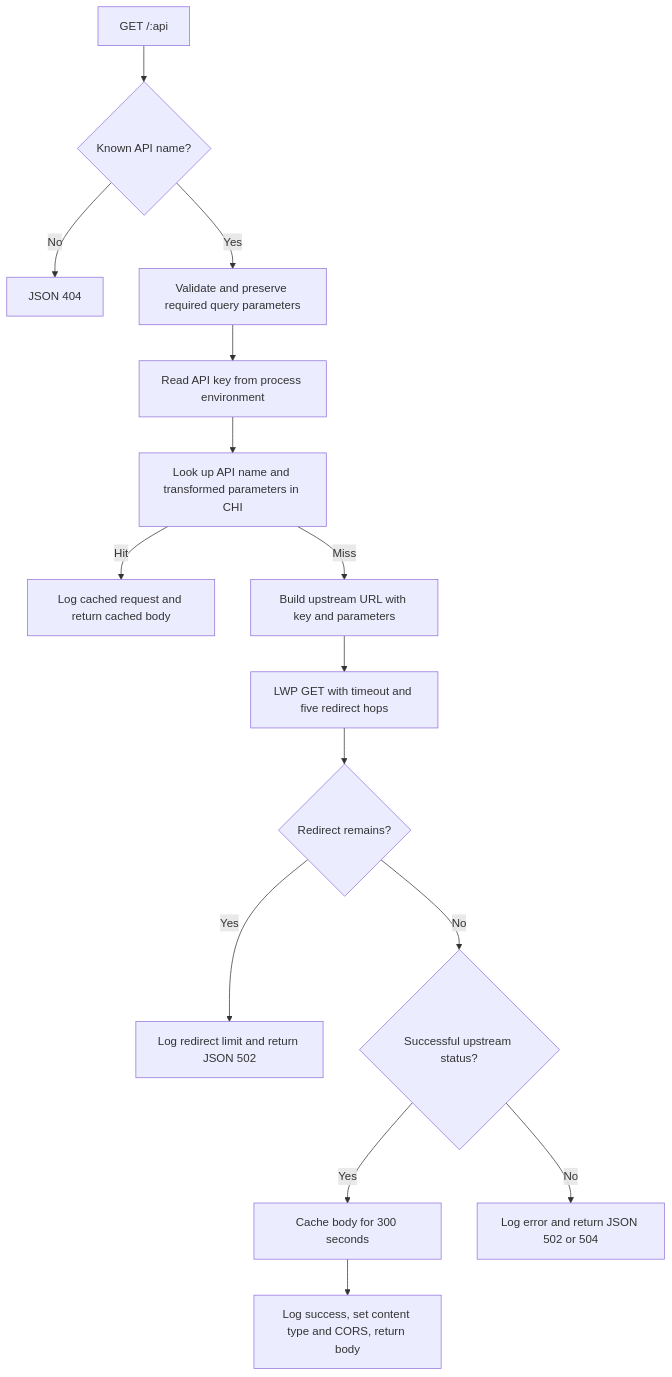
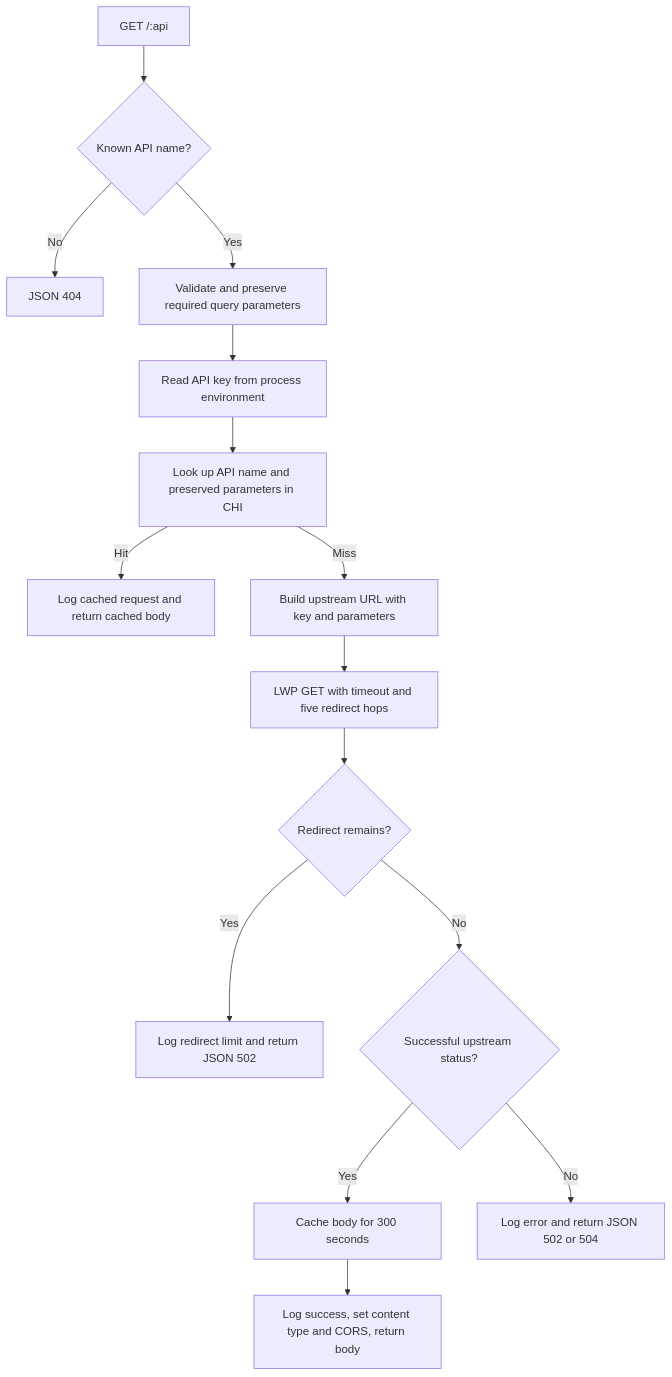
One commit to davorg/api-proxy changed the diagram in docs/architecture.md. Above: the diagram before and after it, drawn with Mermaid. The commit also changed other lines of this file and 6 other files, not shown here.

````diff
--- a/docs/architecture.md
+++ b/docs/architecture.md
@@ -32,17 +32,17 @@
 ```mermaid
 flowchart TD
     A[GET /:api] --> B{Known API name?}
     B -->|No| N[JSON 404]
     B -->|Yes| C[Validate and preserve required query parameters]
     C --> D[Read API key from process environment]
-    D --> E[Look up API name and transformed parameters in CHI]
+    D --> E[Look up API name and preserved parameters in CHI]
     E -->|Hit| F[Log cached request and return cached body]
     E -->|Miss| G[Build upstream URL with key and parameters]
     G --> H[LWP GET with timeout and five redirect hops]
     H --> I{Redirect remains?}
     I -->|Yes| R[Log redirect limit and return JSON 502]
     I -->|No| J{Successful upstream status?}
     J -->|Yes| K[Cache body for 300 seconds]
     K --> L[Log success, set content type and CORS, return body]
     J -->|No| M[Log error and return JSON 502 or 504]
 ```
````
